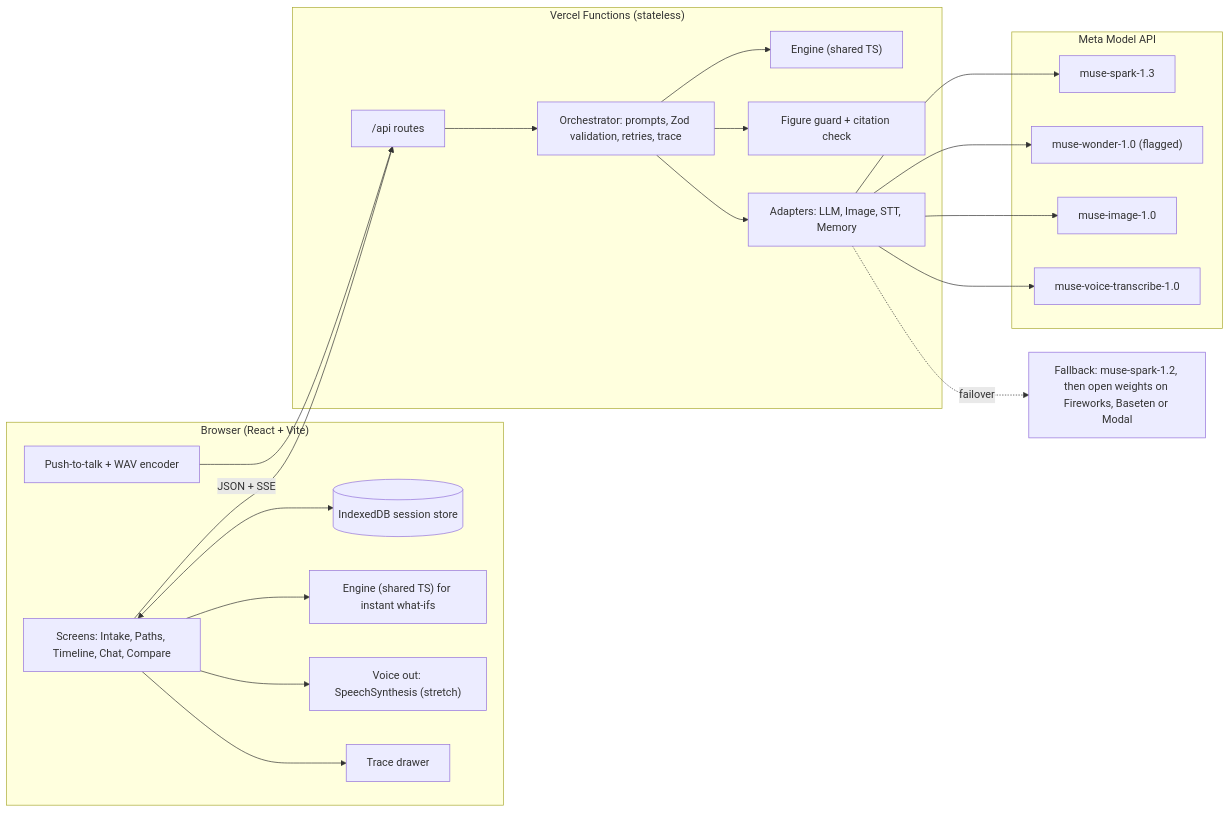
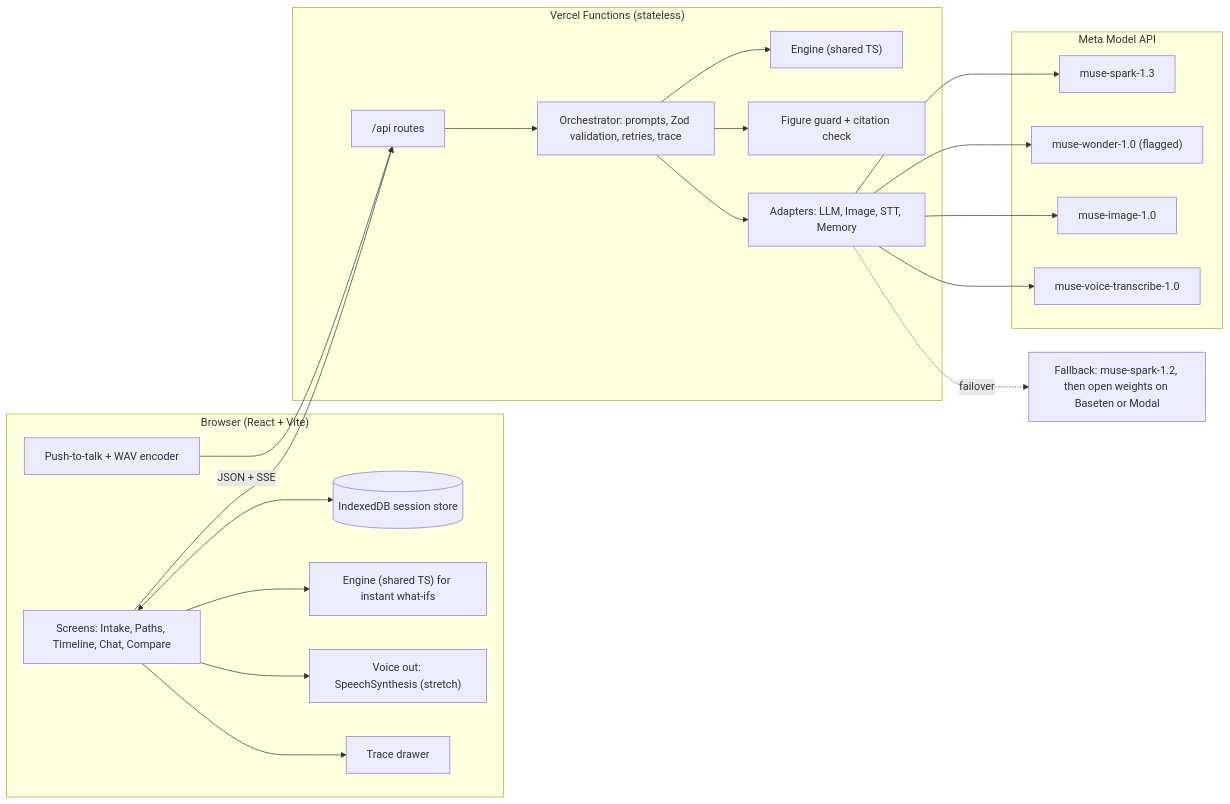
One commit to Sibusiso-K/Parallax changed the first of 2 diagrams in docs/ARCHITECTURE.md. Above: the diagram before and after it, drawn with Mermaid. The commit also changed other lines of this file and 13 other files, not shown here.

````diff
--- a/docs/ARCHITECTURE.md
+++ b/docs/ARCHITECTURE.md
@@ -79,37 +79,37 @@
 ```mermaid
 flowchart LR
   subgraph B["Browser (React + Vite)"]
     UI["Screens: Intake, Paths, Timeline, Chat, Compare"]
     IDB[("IndexedDB session store")]
     EC["Engine (shared TS) for instant what-ifs"]
     MIC["Push-to-talk + WAV encoder"]
     TTS["Voice out: SpeechSynthesis (stretch)"]
     TR["Trace drawer"]
   end
   subgraph V["Vercel Functions (stateless)"]
     API["/api routes"]
     ORC["Orchestrator: prompts, Zod validation, retries, trace"]
     ES["Engine (shared TS)"]
     GD["Figure guard + citation check"]
     AD["Adapters: LLM, Image, STT, Memory"]
   end
   subgraph M["Meta Model API"]
     SP["muse-spark-1.3"]
     WO["muse-wonder-1.0 (flagged)"]
     IM["muse-image-1.0"]
     VT["muse-voice-transcribe-1.0"]
   end
-  OW["Fallback: muse-spark-1.2, then open weights on Fireworks, Baseten or Modal"]
+  OW["Fallback: muse-spark-1.2, then open weights on Baseten or Modal"]
   UI <--> IDB
   UI --> EC
   UI -->|JSON + SSE| API
   MIC --> API
   API --> ORC
   ORC --> ES
   ORC --> GD
   ORC --> AD
   AD --> SP & WO & IM & VT
   AD -.->|failover| OW
   UI --> TTS
   UI --> TR
 ```
````
